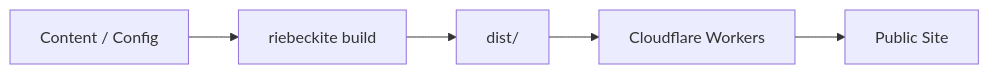
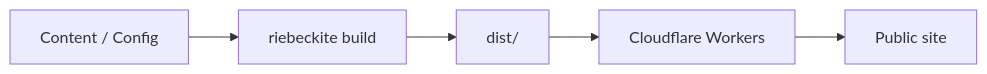
Before and after one commit to Rerurate514/riebeckite: the first of 2 diagrams in docs/docs/guides/deployment/README.md, drawn with Mermaid. The commit also changed other lines of this file and 604 other files, not shown here.

````diff
--- a/docs/docs/guides/deployment/README.md
+++ b/docs/docs/guides/deployment/README.md
@@ -7,13 +5,13 @@
 ```mermaid
 flowchart LR
     Source["Content / Config"]
     Build["riebeckite build"]
     Dist["dist/"]
     Workers["Cloudflare Workers"]
-    Site["Public Site"]
+    Site["Public site"]
 
     Source --> Build
     Build --> Dist
     Dist --> Workers
     Workers --> Site
 ```
````
